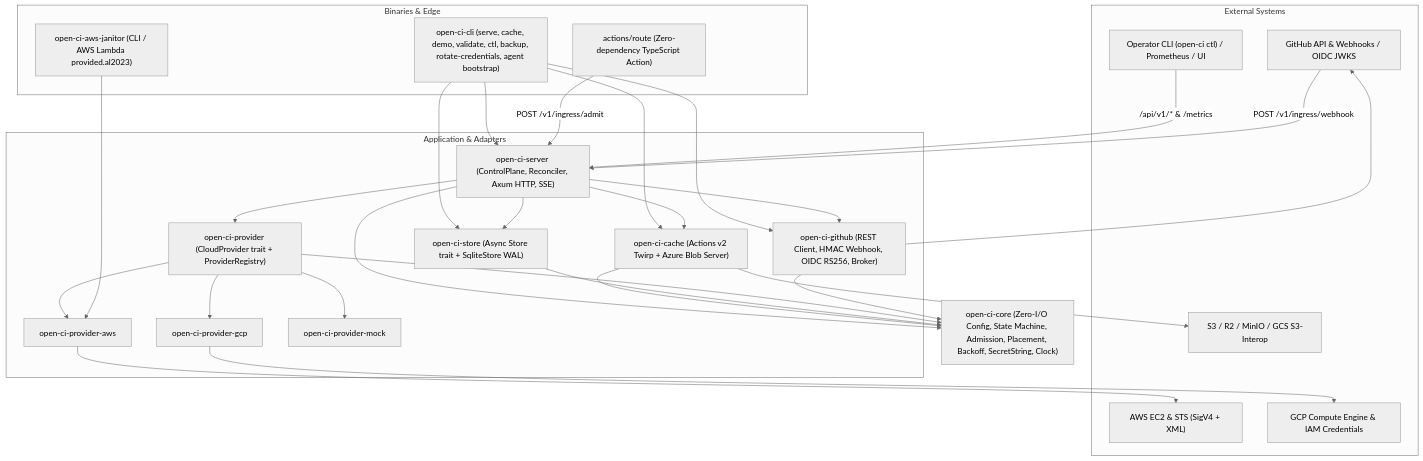
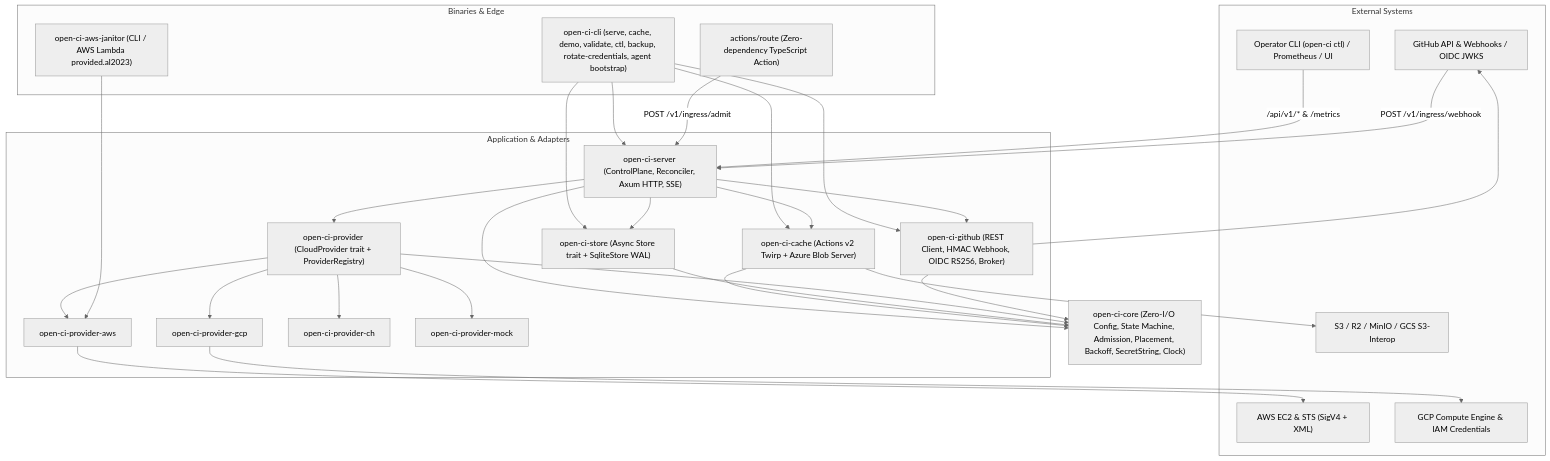
The first of 2 diagrams in docs/architecture.md (katchlabs/open-ci), drawn with Mermaid (neutral theme) before and after one commit. The commit also changed other lines of this file and 7 other files, not shown here.

````diff
--- a/docs/architecture.md
+++ b/docs/architecture.md
@@ -9,56 +9,58 @@
 ```mermaid
 flowchart TB
     subgraph External["External Systems"]
         GH["GitHub API & Webhooks / OIDC JWKS"]
         AWS["AWS EC2 & STS (SigV4 + XML)"]
         GCP["GCP Compute Engine & IAM Credentials"]
         S3["S3 / R2 / MinIO / GCS S3-Interop"]
         OP["Operator CLI (open-ci ctl) / Prometheus / UI"]
     end
 
     subgraph Edge["Binaries & Edge"]
         CLI["open-ci-cli (serve, cache, demo, validate, ctl, backup, rotate-credentials, agent bootstrap)"]
         JAN["open-ci-aws-janitor (CLI / AWS Lambda provided.al2023)"]
         ROUTE["actions/route (Zero-dependency TypeScript Action)"]
     end
 
     subgraph Runtime["Application & Adapters"]
         SRV["open-ci-server (ControlPlane, Reconciler, Axum HTTP, SSE)"]
         CACHE["open-ci-cache (Actions v2 Twirp + Azure Blob Server)"]
         GHADP["open-ci-github (REST Client, HMAC Webhook, OIDC RS256, Broker)"]
         STORE["open-ci-store (Async Store trait + SqliteStore WAL)"]
         PROV["open-ci-provider (CloudProvider trait + ProviderRegistry)"]
         PAWS["open-ci-provider-aws"]
         PGCP["open-ci-provider-gcp"]
+        PCH["open-ci-provider-ch"]
         PMOCK["open-ci-provider-mock"]
     end
 
     CORE["open-ci-core (Zero-I/O Config, State Machine, Admission, Placement, Backoff, SecretString, Clock)"]
 
     CLI --> SRV
     CLI --> CACHE
     CLI --> GHADP
     CLI --> STORE
     ROUTE -->|"POST /v1/ingress/admit"| SRV
     OP -->|"/api/v1/* & /metrics"| SRV
     GH -->|"POST /v1/ingress/webhook"| SRV
 
     SRV --> CORE
     SRV --> STORE
     SRV --> PROV
     SRV --> GHADP
     SRV --> CACHE
 
     PROV --> PAWS
     PROV --> PGCP
+    PROV --> PCH
     PROV --> PMOCK
     PAWS --> AWS
     PGCP --> GCP
     JAN --> PAWS
     GHADP --> GH
     CACHE --> S3
     CACHE --> CORE
     STORE --> CORE
     PROV --> CORE
     GHADP --> CORE
 ```
````
